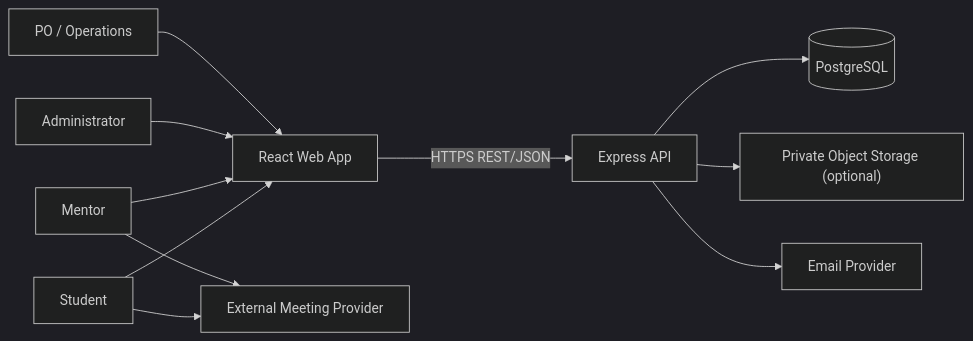
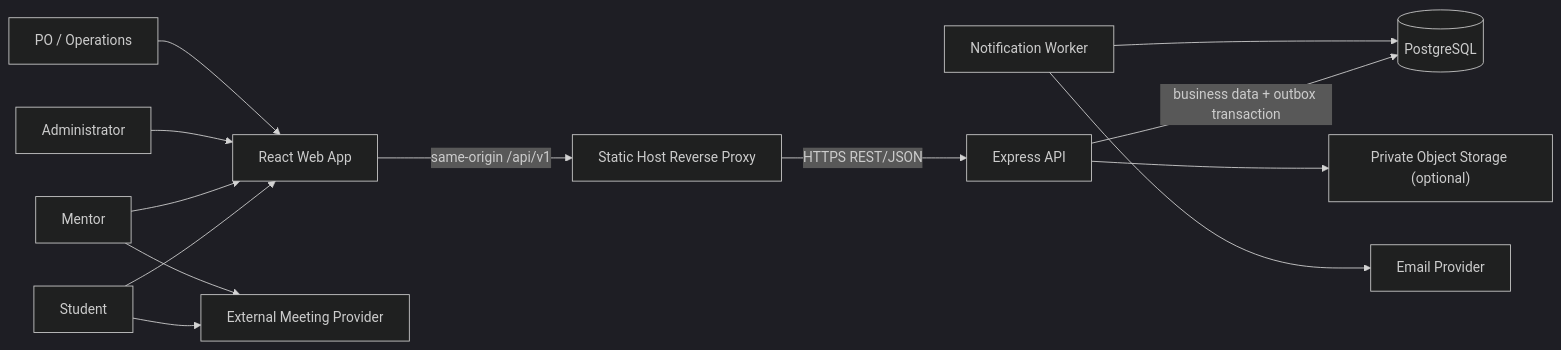
Before and after one commit to tnnhuaa/InterviewQuestionBank: the first of 5 diagrams in docs/Project_Architecture/software_architecture.md, drawn with Mermaid (dark theme). The commit also changed other lines of this file and 1 other file, not shown here.

Commit message:
docs(architecture): align design with course references

````diff
--- a/docs/Project_Architecture/software_architecture.md
+++ b/docs/Project_Architecture/software_architecture.md
@@ -81,13 +81,15 @@
 ```mermaid
 flowchart LR
     Student["Student"] --> FE["React Web App"]
     Mentor["Mentor"] --> FE
     Admin["Administrator"] --> FE
     Sponsor["PO / Operations"] --> FE
-    FE -->|"HTTPS REST/JSON"| API["Express API"]
-    API --> DB[("PostgreSQL")]
+    FE -->|"same-origin /api/v1"| Proxy["Static Host Reverse Proxy"]
+    Proxy -->|"HTTPS REST/JSON"| API["Express API"]
+    API -->|"business data + outbox transaction"| DB[("PostgreSQL")]
+    Worker["Notification Worker"] --> DB
+    Worker --> Email["Email Provider"]
     API --> Obj["Private Object Storage (optional)"]
-    API --> Email["Email Provider"]
     Student --> Meet["External Meeting Provider"]
     Mentor --> Meet
 ```
````
